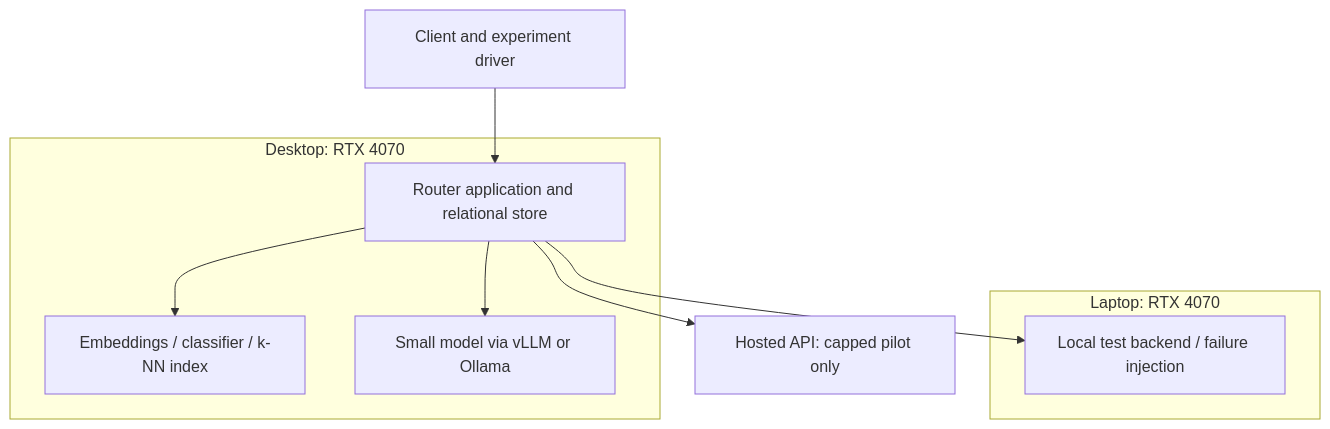
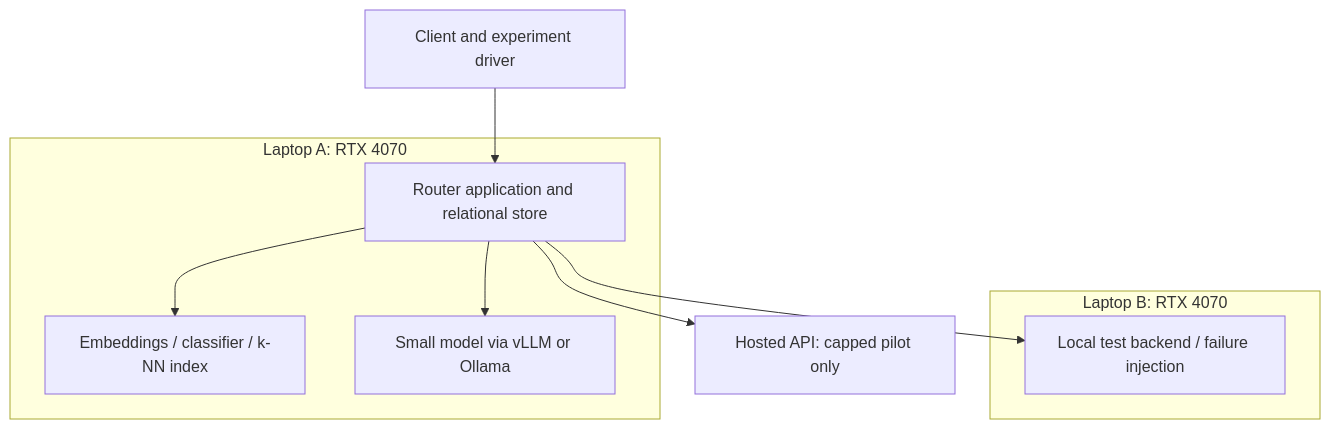
One commit to SodiqAbdulwaris/Final-year-project changed the second of 2 diagrams in proposal-drafts/03-methodology-design/3.6-design/3.6.1-architecture.md. Above: the diagram before and after it, drawn with Mermaid. The commit also changed other lines of this file and 39 other files, not shown here.

````diff
--- a/proposal-drafts/03-methodology-design/3.6-design/3.6.1-architecture.md
+++ b/proposal-drafts/03-methodology-design/3.6-design/3.6.1-architecture.md
@@ -38,16 +38,16 @@
 ```mermaid
 flowchart TB
  C[Client and experiment driver] --> G[Router application and relational store]
- subgraph D[Desktop: RTX 4070]
+ subgraph D[Laptop A: RTX 4070]
  G
  E[Embeddings / classifier / k-NN index]
  L[Small model via vLLM or Ollama]
  end
- subgraph P[Laptop: RTX 4070]
+ subgraph P[Laptop B: RTX 4070]
  T[Local test backend / failure injection]
  end
  G --> E
  G --> L
  G --> T
  G --> A[Hosted API: capped pilot only]
 ```
````
